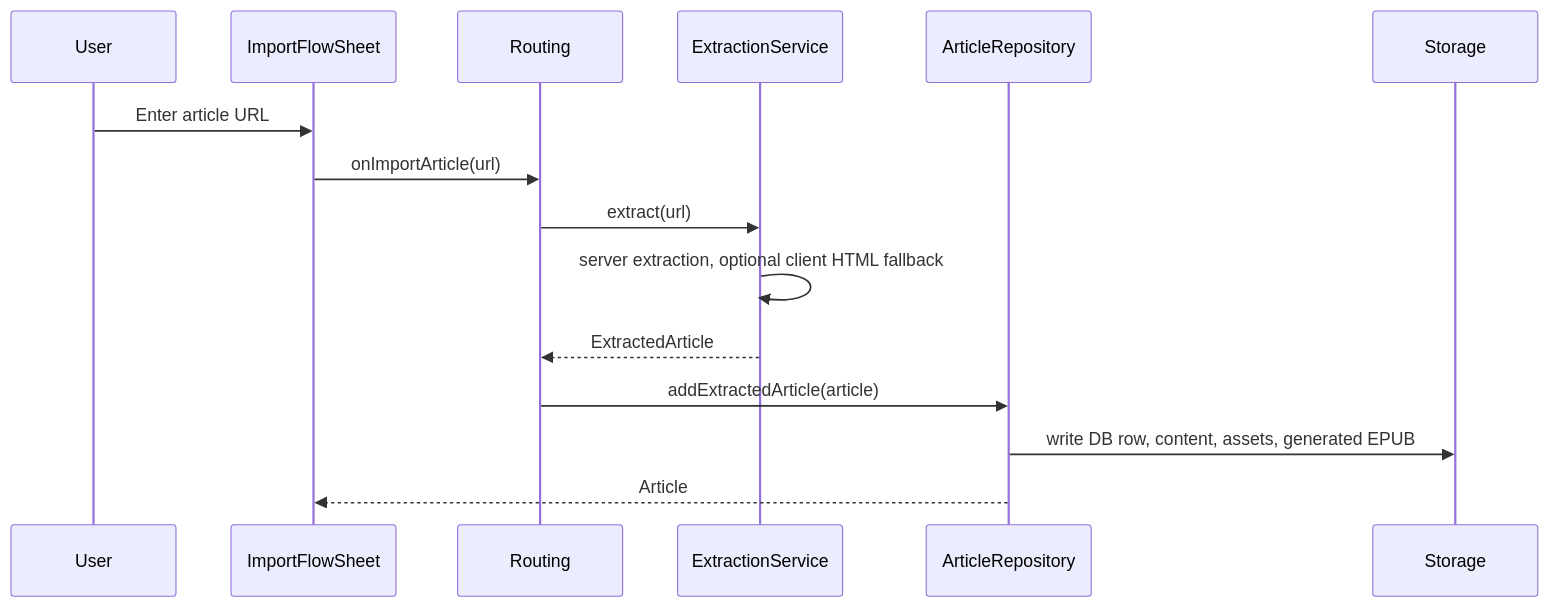
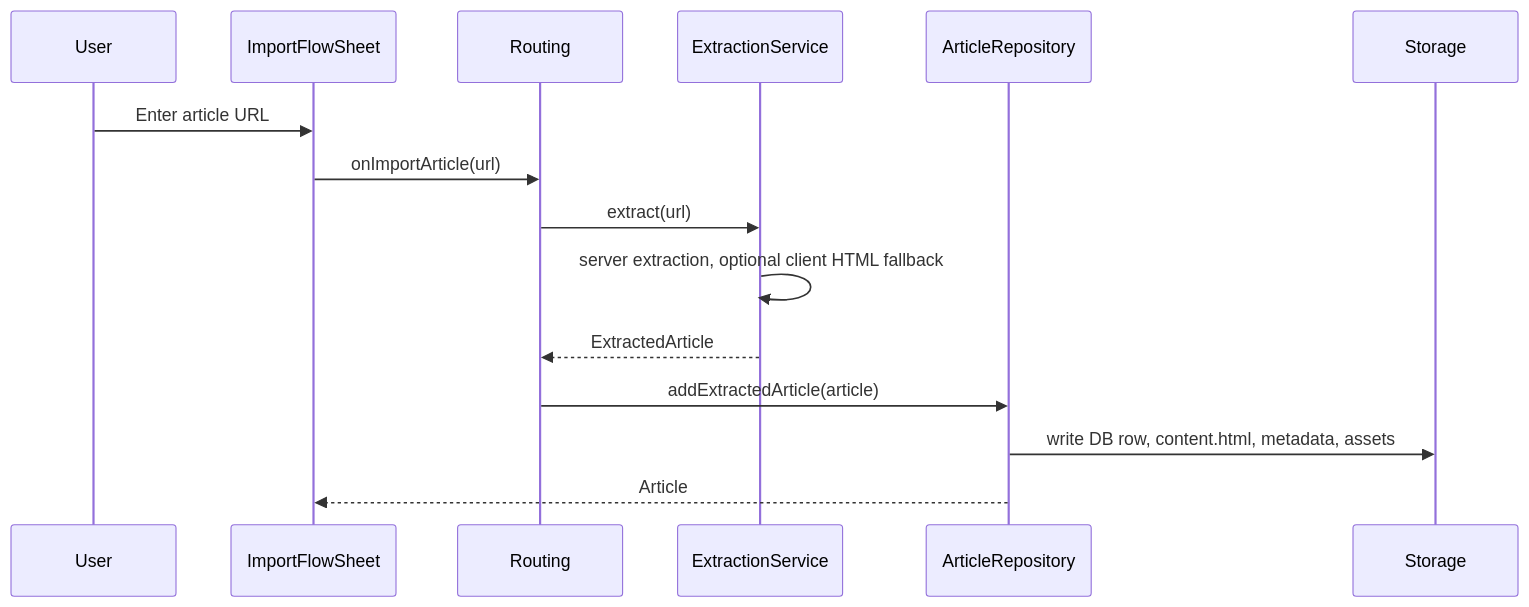
Before and after one commit to abra/readflex: the seventh of 8 diagrams in C4_MODEL.md, drawn with Mermaid. The commit also changed other lines of this file and 25 other files, not shown here.

First line of the commit message:
Update project documentation to match current architecture

````diff
--- a/C4_MODEL.md
+++ b/C4_MODEL.md
@@ -220,18 +221,18 @@
 ```mermaid
 sequenceDiagram
   participant User
   participant ImportFlowSheet
   participant Routing
   participant ExtractionService
   participant ArticleRepository
   participant Storage
 
   User->>ImportFlowSheet: Enter article URL
   ImportFlowSheet->>Routing: onImportArticle(url)
   Routing->>ExtractionService: extract(url)
   ExtractionService->>ExtractionService: server extraction, optional client HTML fallback
   ExtractionService-->>Routing: ExtractedArticle
   Routing->>ArticleRepository: addExtractedArticle(article)
-  ArticleRepository->>Storage: write DB row, content, assets, generated EPUB
+  ArticleRepository->>Storage: write DB row, content.html, metadata, assets
   ArticleRepository-->>ImportFlowSheet: Article
 ```
````
